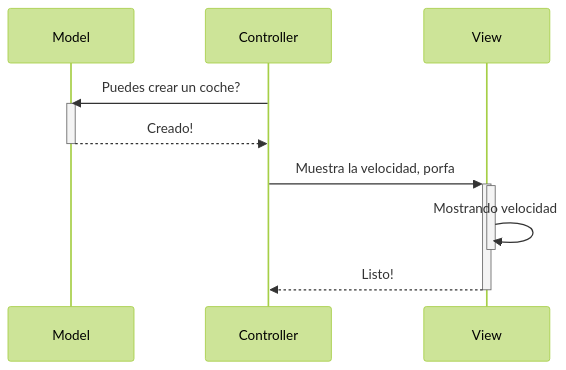
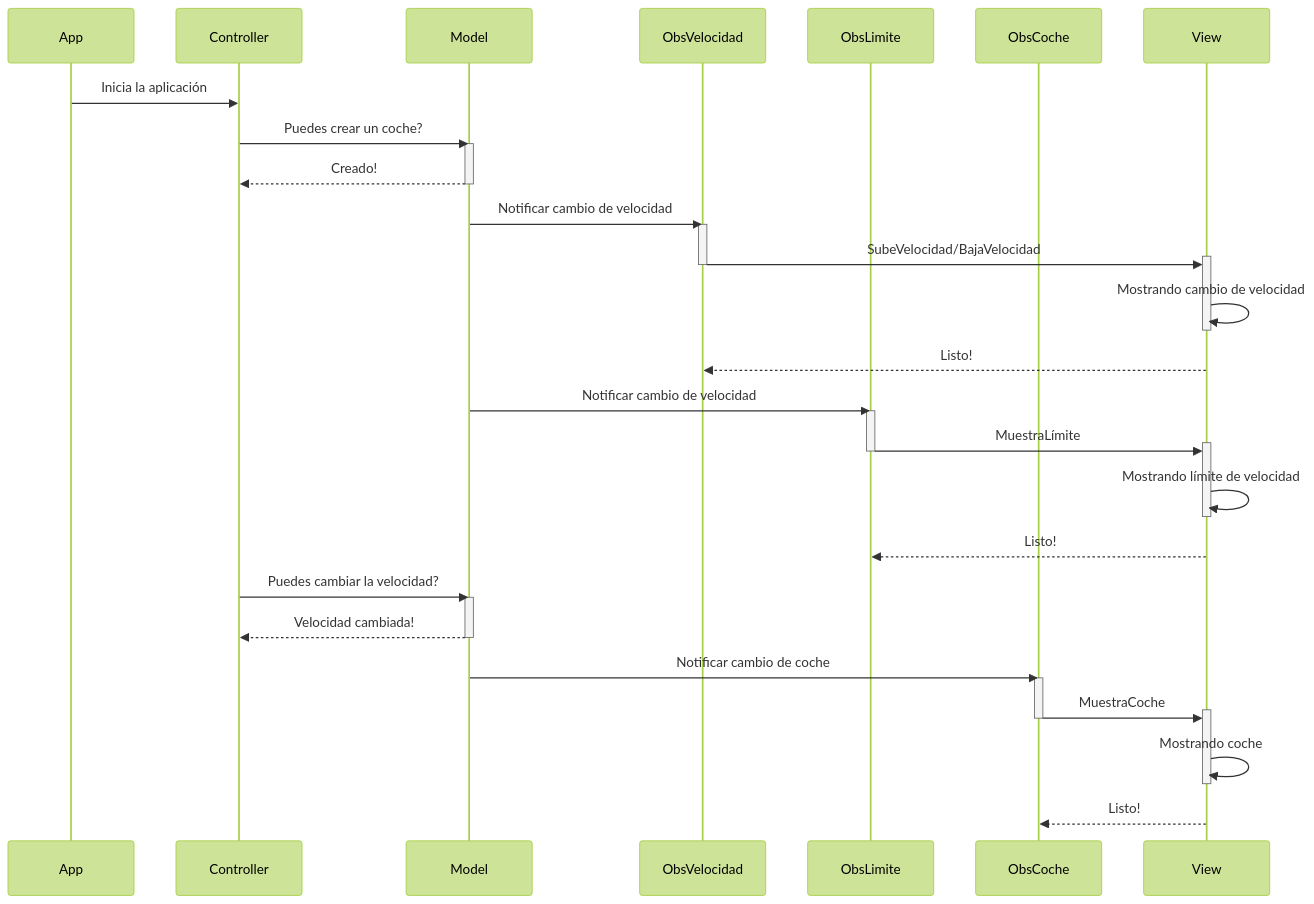
One commit to danielcastelao/mvc-kiglesiasesteves changed the second of 3 diagrams in Readme.md. Above: the diagram before and after it, drawn with Mermaid (forest theme). The commit also changed other lines of this file, not shown here.

Commit message:
update sequenceDiagrams

````diff
--- a/Readme.md
+++ b/Readme.md
@@ -98,15 +98,43 @@
 ```mermaid
 sequenceDiagram
+    participant App
+    participant Controller
     participant Model
-    participant Controller
+    participant ObsVelocidad
+    participant ObsLimite
+    participant ObsCoche
     participant View
+
+    App->>Controller: Inicia la aplicación
     Controller->>Model: Puedes crear un coche?
     activate Model
     Model-->>Controller: Creado!
     deactivate Model
-    Controller->>+View: Muestra la velocidad, porfa
-    activate View
-    View->>-View: Mostrando velocidad
-    View-->>Controller: Listo!
-    deactivate View
+
+    Model->>ObsVelocidad: Notificar cambio de velocidad
+    activate ObsVelocidad
+    ObsVelocidad->>+View: SubeVelocidad/BajaVelocidad
+    deactivate ObsVelocidad
+    View->>-View: Mostrando cambio de velocidad
+    View-->>ObsVelocidad: Listo!
+    
+    Model->>ObsLimite: Notificar cambio de velocidad
+    activate ObsLimite
+    ObsLimite->>+View: MuestraLímite
+    deactivate ObsLimite
+    View->>-View: Mostrando límite de velocidad
+    View-->>ObsLimite: Listo!
+    
+    Controller->>Model: Puedes cambiar la velocidad?
+    activate Model
+    Model-->>Controller: Velocidad cambiada!
+    deactivate Model
+
+    Model->>ObsCoche: Notificar cambio de coche
+    activate ObsCoche
+    ObsCoche->>+View: MuestraCoche
+    deactivate ObsCoche
+    View->>-View: Mostrando coche
+    View-->>ObsCoche: Listo!
+
 ```
````
